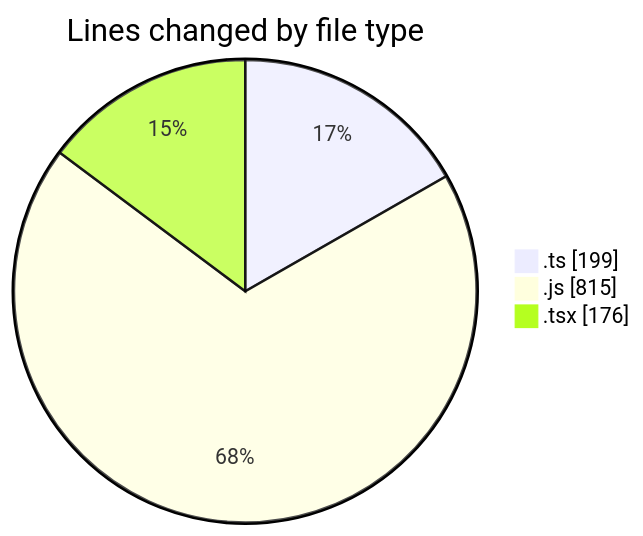
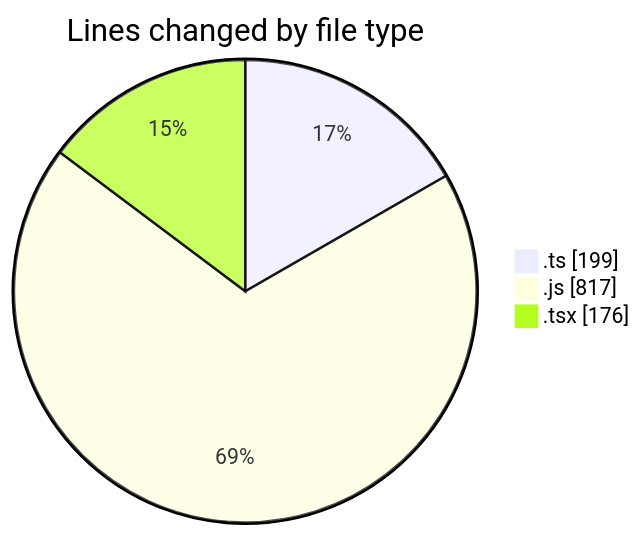
Before and after one commit to momahboobian/code-tracking: the first of 2 diagrams in 2025-03-12/cda/README.md, drawn with Mermaid. The commit also changed other lines of this file and 1 other file, not shown here.

````diff
--- a/2025-03-12/cda/README.md
+++ b/2025-03-12/cda/README.md
@@ -31,7 +31,7 @@
 ```mermaid
 pie showData
 title Lines changed by file type
 ".ts" : 199
-".js" : 815
+".js" : 817
 ".tsx" : 176
 ```
````
